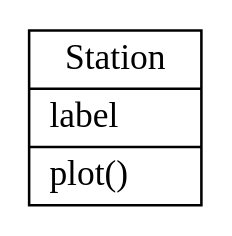
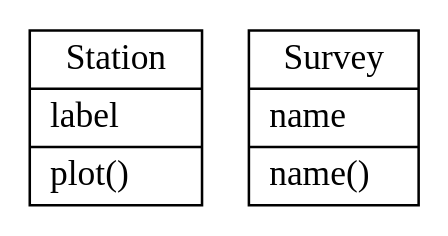
The diagram in docs/source/uml/classes_uml_bootsoff.dot (kaufmanno/BootsOff), drawn with Graphviz before and after one commit. The commit also changed 2 other files, not shown here.

```diff
--- a/docs/source/uml/classes_uml_bootsoff.dot
+++ b/docs/source/uml/classes_uml_bootsoff.dot
@@ -1,5 +1,6 @@
 digraph "classes_uml_bootsoff" {
 charset="utf-8"
 rankdir=BT
 "0" [label="{Station|label\l|plot()\l}", shape="record"];
+"1" [label="{Survey|name\l|name()\l}", shape="record"];
 }
```
